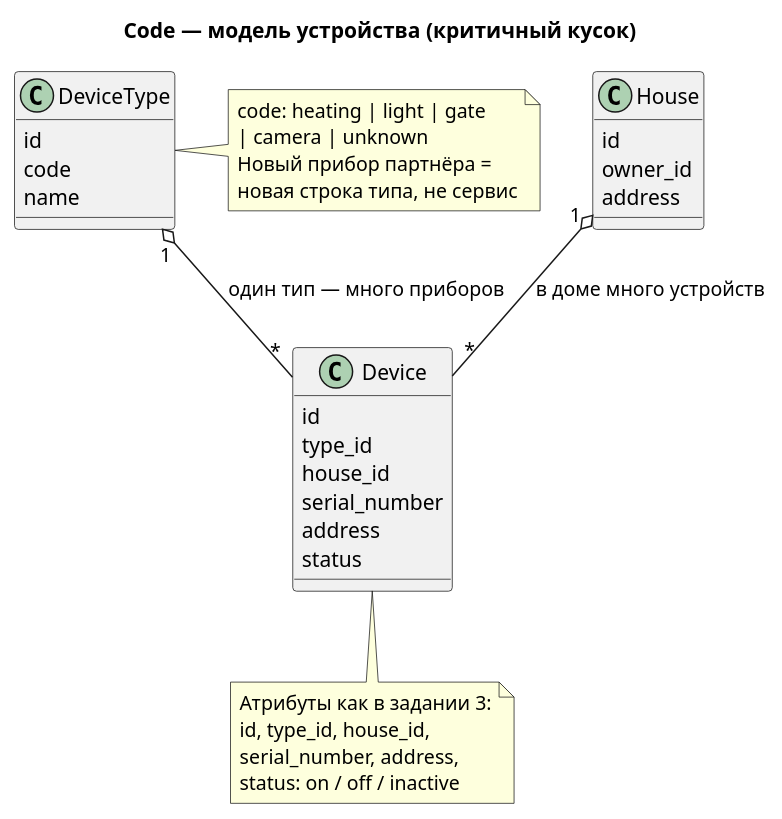
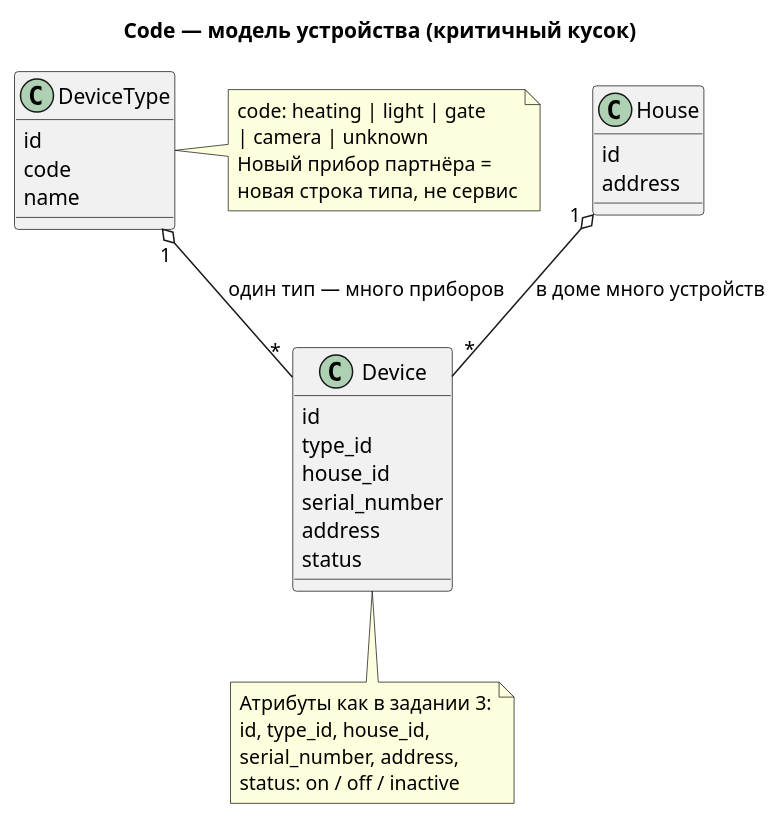
Before and after one commit to Dima-Karpov/architecture-pro-warmhouse: the diagram in docs/c4/02-code-device-class.puml, drawn with PlantUML. The commit also changed 13 other files, not shown here.

```diff
--- a/docs/c4/02-code-device-class.puml
+++ b/docs/c4/02-code-device-class.puml
@@ -1,42 +1,41 @@
 @startuml
 title Code — модель устройства (критичный кусок)
 
 class House {
   id
-  owner_id
   address
 }
 
 class DeviceType {
   id
   code
   name
 }
 
 class Device {
   id
   type_id
   house_id
   serial_number
   address
   status
 }
 
 House "1" o-- "*" Device : в доме много устройств
 DeviceType "1" o-- "*" Device : один тип — много приборов
 
 note right of DeviceType
   code: heating | light | gate
   | camera | unknown
   Новый прибор партнёра =
   новая строка типа, не сервис
 end note
 
 note bottom of Device
   Атрибуты как в задании 3:
   id, type_id, house_id,
   serial_number, address,
   status: on / off / inactive
 end note
 
 @enduml
```
